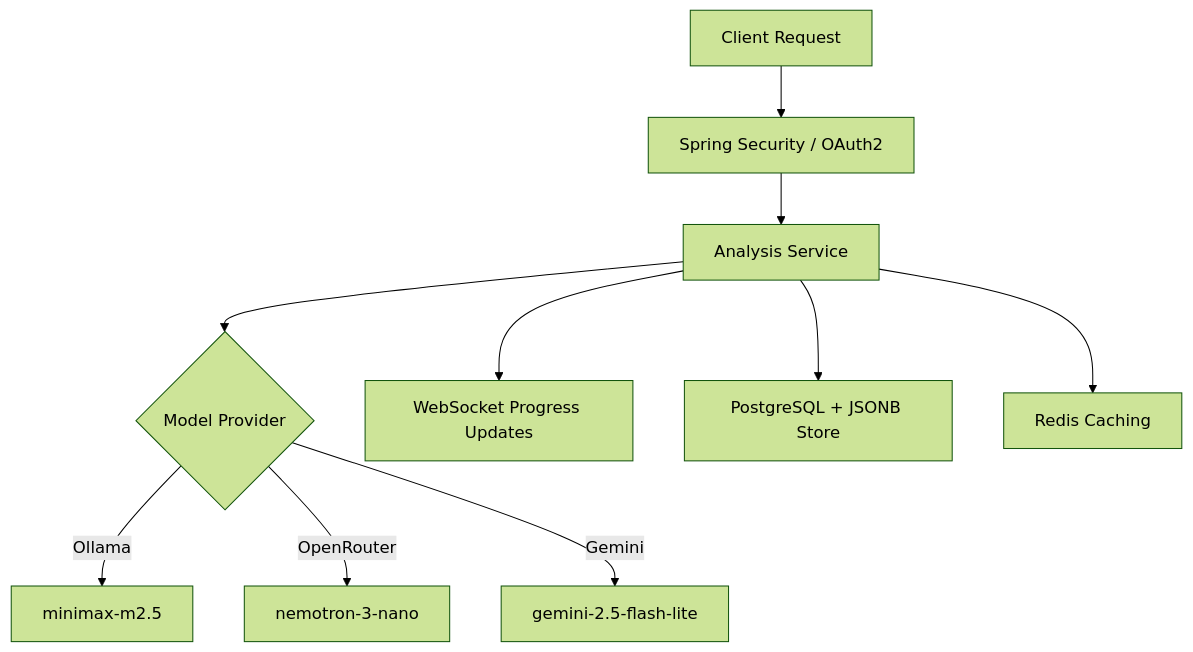
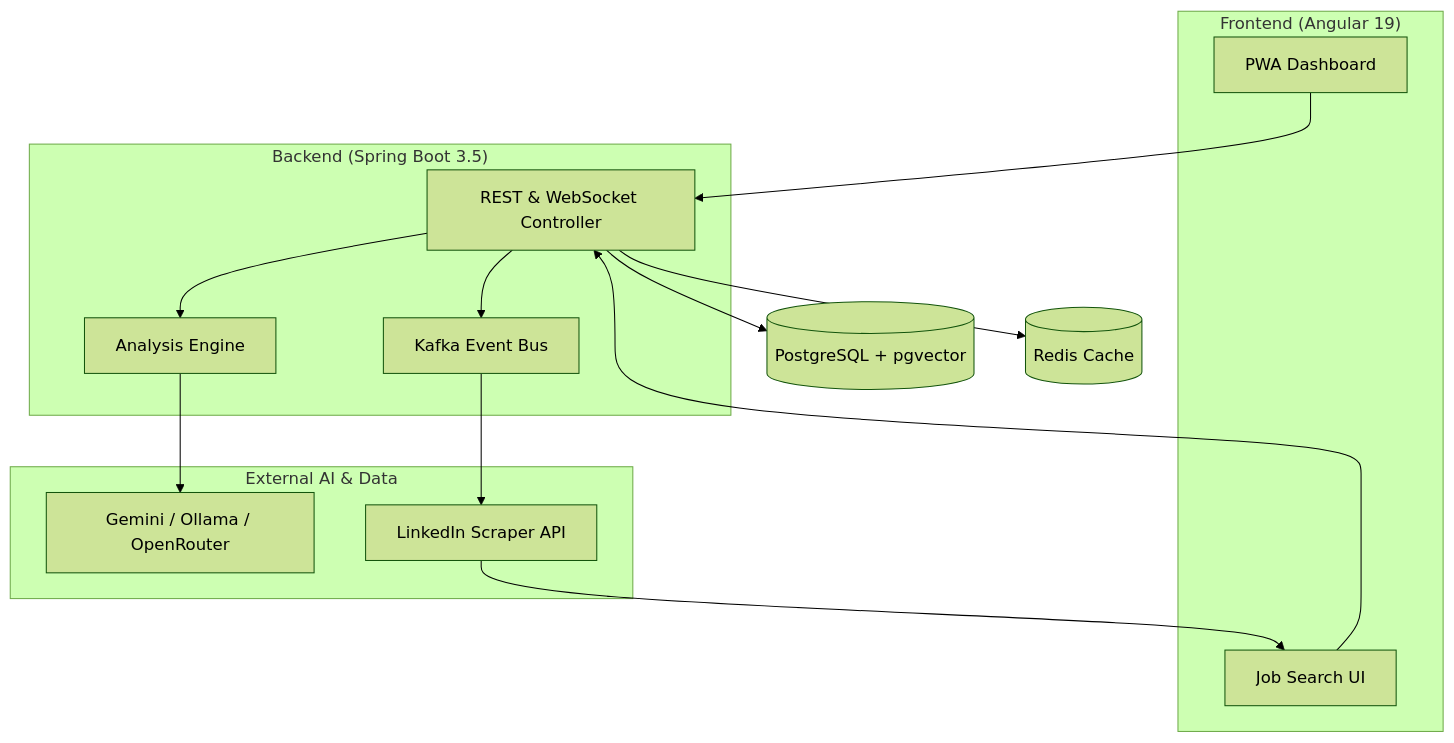
Before and after one commit to nitin-manjhi/career-align-intelligence: the diagram in README.md, drawn with Mermaid (forest theme). The commit also changed other lines of this file and 14 other files, not shown here.

````diff
--- a/README.md
+++ b/README.md
@@ -32,12 +33,28 @@
 ```mermaid
 graph TD
-    A[Client Request] --> B[Spring Security / OAuth2]
-    B --> C[Analysis Service]
-    C --> D{Model Provider}
-    D -->|Ollama| E[minimax-m2.5]
-    D -->|OpenRouter| F[nemotron-3-nano]
-    D -->|Gemini| G[gemini-2.5-flash-lite]
-    C --> H[WebSocket Progress Updates]
-    C --> I[PostgreSQL + JSONB Store]
-    C --> J[Redis Caching]
+    subgraph "Frontend (Angular 19)"
+        UI[PWA Dashboard]
+        JS[Job Search UI]
+    end
+
+    subgraph "Backend (Spring Boot 3.5)"
+        API[REST & WebSocket Controller]
+        SCH[Analysis Engine]
+        KB[Kafka Event Bus]
+    end
+
+    subgraph "External AI & Data"
+        LLM[Gemini / Ollama / OpenRouter]
+        SCR[LinkedIn Scraper API]
+    end
+
+    UI --> API
+    JS --> API
+    API --> SCH
+    SCH --> LLM
+    API --> KB
+    KB --> SCR
+    SCR --> JS
+    API --> DB[(PostgreSQL + pgvector)]
+    API --> RD[(Redis Cache)]
 ```
````
